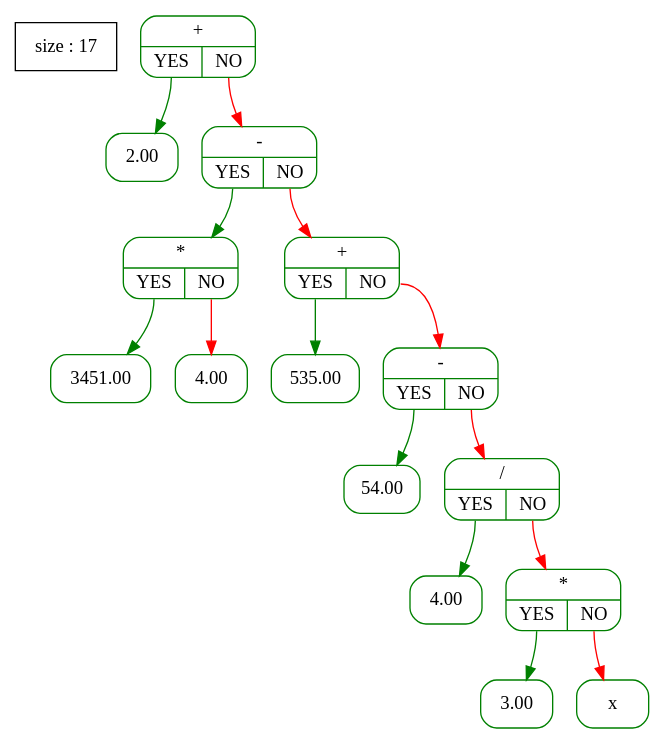
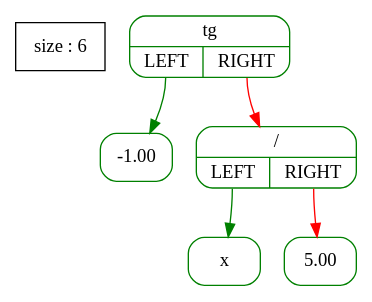
Before and after one commit to A-Elbereth-Gilthoniel/Differentiator: the diagram in files/Tree_graph.dot, drawn with Graphviz. The commit also changed 25 other files, not shown here.

```diff
--- a/files/Tree_graph.dot
+++ b/files/Tree_graph.dot
@@ -1,34 +1,14 @@
 digraph G {                
-  tree [shape=box ; stryle=rounded ; label="size : 17"];                
+  tree [shape=box ; stryle=rounded ; label="size : 6"];                
   edge [color=black];                
   node [shape=record ; style=rounded ; color=green];
-14353584 [label="{+|{<YES> YES|<NO> NO}}"];
-14358232 [label="{2.00}"];
-14353744 [label="{-|{<YES> YES|<NO> NO}}"];
-14353664 [label="{*|{<YES> YES|<NO> NO}}"];
-14353624 [label="{3451.00}"];
-14353704 [label="{4.00}"];
-14364152 [label="{+|{<YES> YES|<NO> NO}}"];
-14353784 [label="{535.00}"];
-14364272 [label="{-|{<YES> YES|<NO> NO}}"];
-14364232 [label="{54.00}"];
-14364400 [label="{/|{<YES> YES|<NO> NO}}"];
-14358184 [label="{4.00}"];
-14364480 [label="{*|{<YES> YES|<NO> NO}}"];
-14364440 [label="{3.00}"];
-14363216 [label="{x}"];
-14353584:<YES> -> 14358232 [color=green];
-14353584:<NO> -> 14353744 [color=red];
-14353744:<YES> -> 14353664 [color=green];
-14353664:<YES> -> 14353624 [color=green];
-14353664:<NO> -> 14353704 [color=red];
-14353744:<NO> -> 14364152 [color=red];
-14364152:<YES> -> 14353784 [color=green];
-14364152:<NO> -> 14364272 [color=red];
-14364272:<YES> -> 14364232 [color=green];
-14364272:<NO> -> 14364400 [color=red];
-14364400:<YES> -> 14358184 [color=green];
-14364400:<NO> -> 14364480 [color=red];
-14364480:<YES> -> 14364440 [color=green];
-14364480:<NO> -> 14363216 [color=red];
+14887184 [label="{tg|{<YES>LEFT|<NO>RIGHT}}"];
+14877960 [label="{-1.00}"];
+14882472 [label="{/|{<YES>LEFT|<NO>RIGHT}}"];
+14882432 [label="{x}"];
+14882512 [label="{5.00}"];
+14887184:<YES> -> 14877960 [color=green];
+14887184:<NO> -> 14882472 [color=red];
+14882472:<YES> -> 14882432 [color=green];
+14882472:<NO> -> 14882512 [color=red];
 }
```
